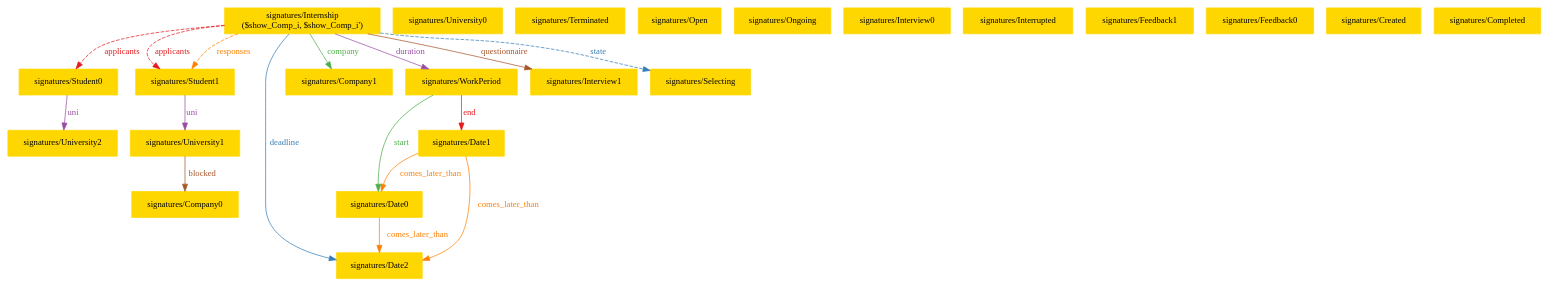
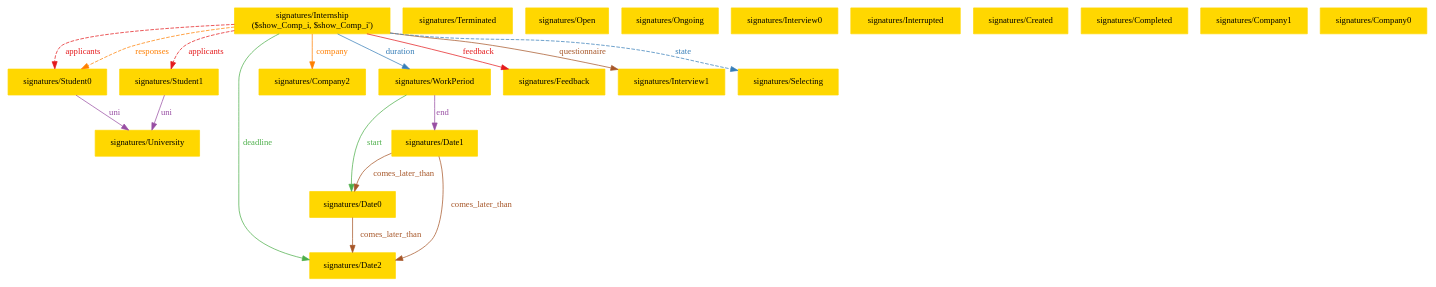
The diagram in RASD/sources/Images/Alloy_images/Alloy_1-3.dot (lorenzo-cmyk/PF_INGSW2_2024_25), drawn with Graphviz before and after one commit. The commit also changed 4 other files, not shown here.

```diff
--- a/RASD/sources/Images/Alloy_images/Alloy_1-3.dot
+++ b/RASD/sources/Images/Alloy_images/Alloy_1-3.dot
@@ -1,45 +1,43 @@
 digraph "graph" {
 graph [fontsize=12]
 node [fontsize=12]
 edge [fontsize=12]
 rankdir=TB;
-"N22" -> "N11" [uuid = "<signatures/Internship, signatures/Student0>", color = "#e41a1c", fontcolor = "#e41a1c", style = "dashed", label = "applicants", dir = "forward", weight = "1"]
-"N22" -> "N21" [uuid = "<signatures/Internship, signatures/Student1>", color = "#e41a1c", fontcolor = "#e41a1c", style = "dashed", label = "applicants", dir = "forward", weight = "1"]
-"N20" -> "N19" [uuid = "<signatures/University1, signatures/Company0>", color = "#a65628", fontcolor = "#a65628", style = "solid", label = "blocked", dir = "forward", weight = "1"]
-"N16" -> "N15" [uuid = "<signatures/Date0, signatures/Date2>", color = "#ff7f00", fontcolor = "#ff7f00", style = "solid", label = "comes_later_than", dir = "forward", weight = "1"]
-"N17" -> "N16" [uuid = "<signatures/Date1, signatures/Date0>", color = "#ff7f00", fontcolor = "#ff7f00", style = "solid", label = "comes_later_than", dir = "forward", weight = "1"]
-"N17" -> "N15" [uuid = "<signatures/Date1, signatures/Date2>", color = "#ff7f00", fontcolor = "#ff7f00", style = "solid", label = "comes_later_than", dir = "forward", weight = "1"]
-"N22" -> "N14" [uuid = "<signatures/Internship, signatures/Company1>", color = "#4daf4a", fontcolor = "#4daf4a", style = "solid", label = "company", dir = "forward", weight = "1"]
-"N22" -> "N15" [uuid = "<signatures/Internship, signatures/Date2>", color = "#377eb8", fontcolor = "#377eb8", style = "solid", label = "deadline", dir = "forward", weight = "1"]
-"N22" -> "N18" [uuid = "<signatures/Internship, signatures/WorkPeriod>", color = "#984ea3", fontcolor = "#984ea3", style = "solid", label = "duration", dir = "forward", weight = "1"]
-"N18" -> "N17" [uuid = "<signatures/WorkPeriod, signatures/Date1>", color = "#e41a1c", fontcolor = "#e41a1c", style = "solid", label = "end", dir = "forward", weight = "1"]
-"N22" -> "N13" [uuid = "<signatures/Internship, signatures/Interview1>", color = "#a65628", fontcolor = "#a65628", style = "solid", label = "questionnaire", dir = "forward", weight = "1"]
-"N22" -> "N21" [uuid = "<signatures/Internship, signatures/Student1>", color = "#ff7f00", fontcolor = "#ff7f00", style = "dashed", label = "responses", dir = "forward", weight = "1"]
-"N18" -> "N16" [uuid = "<signatures/WorkPeriod, signatures/Date0>", color = "#4daf4a", fontcolor = "#4daf4a", style = "solid", label = "start", dir = "forward", weight = "1"]
-"N22" -> "N12" [uuid = "<signatures/Internship, signatures/Selecting>", color = "#377eb8", fontcolor = "#377eb8", style = "dashed", label = "state", dir = "forward", weight = "1"]
-"N11" -> "N10" [uuid = "<signatures/Student0, signatures/University2>", color = "#984ea3", fontcolor = "#984ea3", style = "solid", label = "uni", dir = "forward", weight = "1"]
-"N21" -> "N20" [uuid = "<signatures/Student1, signatures/University1>", color = "#984ea3", fontcolor = "#984ea3", style = "solid", label = "uni", dir = "forward", weight = "1"]
-"N0" [uuid="signatures/University0", label="signatures/University0", color="#ffd700", fontcolor = "#000000", shape = "box", style = "filled, solid"]
-"N1" [uuid="signatures/Terminated", label="signatures/Terminated", color="#ffd700", fontcolor = "#000000", shape = "box", style = "filled, solid"]
-"N2" [uuid="signatures/Open", label="signatures/Open", color="#ffd700", fontcolor = "#000000", shape = "box", style = "filled, solid"]
-"N3" [uuid="signatures/Ongoing", label="signatures/Ongoing", color="#ffd700", fontcolor = "#000000", shape = "box", style = "filled, solid"]
-"N4" [uuid="signatures/Interview0", label="signatures/Interview0", color="#ffd700", fontcolor = "#000000", shape = "box", style = "filled, solid"]
-"N5" [uuid="signatures/Interrupted", label="signatures/Interrupted", color="#ffd700", fontcolor = "#000000", shape = "box", style = "filled, solid"]
-"N6" [uuid="signatures/Feedback1", label="signatures/Feedback1", color="#ffd700", fontcolor = "#000000", shape = "box", style = "filled, solid"]
-"N7" [uuid="signatures/Feedback0", label="signatures/Feedback0", color="#ffd700", fontcolor = "#000000", shape = "box", style = "filled, solid"]
-"N8" [uuid="signatures/Created", label="signatures/Created", color="#ffd700", fontcolor = "#000000", shape = "box", style = "filled, solid"]
-"N9" [uuid="signatures/Completed", label="signatures/Completed", color="#ffd700", fontcolor = "#000000", shape = "box", style = "filled, solid"]
-"N10" [uuid="signatures/University2", label="signatures/University2", color="#ffd700", fontcolor = "#000000", shape = "box", style = "filled, solid"]
-"N11" [uuid="signatures/Student0", label="signatures/Student0", color="#ffd700", fontcolor = "#000000", shape = "box", style = "filled, solid"]
+"N20" -> "N10" [uuid = "<signatures/Internship, signatures/Student0>", color = "#e41a1c", fontcolor = "#e41a1c", style = "dashed", label = "applicants", dir = "forward", weight = "1"]
+"N20" -> "N11" [uuid = "<signatures/Internship, signatures/Student1>", color = "#e41a1c", fontcolor = "#e41a1c", style = "dashed", label = "applicants", dir = "forward", weight = "1"]
+"N17" -> "N16" [uuid = "<signatures/Date0, signatures/Date2>", color = "#a65628", fontcolor = "#a65628", style = "solid", label = "comes_later_than", dir = "forward", weight = "1"]
+"N18" -> "N17" [uuid = "<signatures/Date1, signatures/Date0>", color = "#a65628", fontcolor = "#a65628", style = "solid", label = "comes_later_than", dir = "forward", weight = "1"]
+"N18" -> "N16" [uuid = "<signatures/Date1, signatures/Date2>", color = "#a65628", fontcolor = "#a65628", style = "solid", label = "comes_later_than", dir = "forward", weight = "1"]
+"N20" -> "N15" [uuid = "<signatures/Internship, signatures/Company2>", color = "#ff7f00", fontcolor = "#ff7f00", style = "solid", label = "company", dir = "forward", weight = "1"]
+"N20" -> "N16" [uuid = "<signatures/Internship, signatures/Date2>", color = "#4daf4a", fontcolor = "#4daf4a", style = "solid", label = "deadline", dir = "forward", weight = "1"]
+"N20" -> "N19" [uuid = "<signatures/Internship, signatures/WorkPeriod>", color = "#377eb8", fontcolor = "#377eb8", style = "solid", label = "duration", dir = "forward", weight = "1"]
+"N19" -> "N18" [uuid = "<signatures/WorkPeriod, signatures/Date1>", color = "#984ea3", fontcolor = "#984ea3", style = "solid", label = "end", dir = "forward", weight = "1"]
+"N20" -> "N14" [uuid = "<signatures/Internship, signatures/Feedback>", color = "#e41a1c", fontcolor = "#e41a1c", style = "solid", label = "feedback", dir = "forward", weight = "1"]
+"N20" -> "N13" [uuid = "<signatures/Internship, signatures/Interview1>", color = "#a65628", fontcolor = "#a65628", style = "solid", label = "questionnaire", dir = "forward", weight = "1"]
+"N20" -> "N10" [uuid = "<signatures/Internship, signatures/Student0>", color = "#ff7f00", fontcolor = "#ff7f00", style = "dashed", label = "responses", dir = "forward", weight = "1"]
+"N19" -> "N17" [uuid = "<signatures/WorkPeriod, signatures/Date0>", color = "#4daf4a", fontcolor = "#4daf4a", style = "solid", label = "start", dir = "forward", weight = "1"]
+"N20" -> "N12" [uuid = "<signatures/Internship, signatures/Selecting>", color = "#377eb8", fontcolor = "#377eb8", style = "dashed", label = "state", dir = "forward", weight = "1"]
+"N10" -> "N9" [uuid = "<signatures/Student0, signatures/University>", color = "#984ea3", fontcolor = "#984ea3", style = "solid", label = "uni", dir = "forward", weight = "1"]
+"N11" -> "N9" [uuid = "<signatures/Student1, signatures/University>", color = "#984ea3", fontcolor = "#984ea3", style = "solid", label = "uni", dir = "forward", weight = "1"]
+"N0" [uuid="signatures/Terminated", label="signatures/Terminated", color="#ffd700", fontcolor = "#000000", shape = "box", style = "filled, solid"]
+"N1" [uuid="signatures/Open", label="signatures/Open", color="#ffd700", fontcolor = "#000000", shape = "box", style = "filled, solid"]
+"N2" [uuid="signatures/Ongoing", label="signatures/Ongoing", color="#ffd700", fontcolor = "#000000", shape = "box", style = "filled, solid"]
+"N3" [uuid="signatures/Interview0", label="signatures/Interview0", color="#ffd700", fontcolor = "#000000", shape = "box", style = "filled, solid"]
+"N4" [uuid="signatures/Interrupted", label="signatures/Interrupted", color="#ffd700", fontcolor = "#000000", shape = "box", style = "filled, solid"]
+"N5" [uuid="signatures/Created", label="signatures/Created", color="#ffd700", fontcolor = "#000000", shape = "box", style = "filled, solid"]
+"N6" [uuid="signatures/Completed", label="signatures/Completed", color="#ffd700", fontcolor = "#000000", shape = "box", style = "filled, solid"]
+"N7" [uuid="signatures/Company1", label="signatures/Company1", color="#ffd700", fontcolor = "#000000", shape = "box", style = "filled, solid"]
+"N8" [uuid="signatures/Company0", label="signatures/Company0", color="#ffd700", fontcolor = "#000000", shape = "box", style = "filled, solid"]
+"N9" [uuid="signatures/University", label="signatures/University", color="#ffd700", fontcolor = "#000000", shape = "box", style = "filled, solid"]
+"N10" [uuid="signatures/Student0", label="signatures/Student0", color="#ffd700", fontcolor = "#000000", shape = "box", style = "filled, solid"]
+"N11" [uuid="signatures/Student1", label="signatures/Student1", color="#ffd700", fontcolor = "#000000", shape = "box", style = "filled, solid"]
 "N12" [uuid="signatures/Selecting", label="signatures/Selecting", color="#ffd700", fontcolor = "#000000", shape = "box", style = "filled, solid"]
 "N13" [uuid="signatures/Interview1", label="signatures/Interview1", color="#ffd700", fontcolor = "#000000", shape = "box", style = "filled, solid"]
-"N14" [uuid="signatures/Company1", label="signatures/Company1", color="#ffd700", fontcolor = "#000000", shape = "box", style = "filled, solid"]
-"N15" [uuid="signatures/Date2", label="signatures/Date2", color="#ffd700", fontcolor = "#000000", shape = "box", style = "filled, solid"]
-"N16" [uuid="signatures/Date0", label="signatures/Date0", color="#ffd700", fontcolor = "#000000", shape = "box", style = "filled, solid"]
-"N17" [uuid="signatures/Date1", label="signatures/Date1", color="#ffd700", fontcolor = "#000000", shape = "box", style = "filled, solid"]
-"N18" [uuid="signatures/WorkPeriod", label="signatures/WorkPeriod", color="#ffd700", fontcolor = "#000000", shape = "box", style = "filled, solid"]
-"N19" [uuid="signatures/Company0", label="signatures/Company0", color="#ffd700", fontcolor = "#000000", shape = "box", style = "filled, solid"]
-"N20" [uuid="signatures/University1", label="signatures/University1", color="#ffd700", fontcolor = "#000000", shape = "box", style = "filled, solid"]
-"N21" [uuid="signatures/Student1", label="signatures/Student1", color="#ffd700", fontcolor = "#000000", shape = "box", style = "filled, solid"]
-"N22" [uuid="signatures/Internship", label="signatures/Internship\n($show_Comp_i, $show_Comp_i')", color="#ffd700", fontcolor = "#000000", shape = "box", style = "filled, solid"]
+"N14" [uuid="signatures/Feedback", label="signatures/Feedback", color="#ffd700", fontcolor = "#000000", shape = "box", style = "filled, solid"]
+"N15" [uuid="signatures/Company2", label="signatures/Company2", color="#ffd700", fontcolor = "#000000", shape = "box", style = "filled, solid"]
+"N16" [uuid="signatures/Date2", label="signatures/Date2", color="#ffd700", fontcolor = "#000000", shape = "box", style = "filled, solid"]
+"N17" [uuid="signatures/Date0", label="signatures/Date0", color="#ffd700", fontcolor = "#000000", shape = "box", style = "filled, solid"]
+"N18" [uuid="signatures/Date1", label="signatures/Date1", color="#ffd700", fontcolor = "#000000", shape = "box", style = "filled, solid"]
+"N19" [uuid="signatures/WorkPeriod", label="signatures/WorkPeriod", color="#ffd700", fontcolor = "#000000", shape = "box", style = "filled, solid"]
+"N20" [uuid="signatures/Internship", label="signatures/Internship\n($show_Comp_i, $show_Comp_i')", color="#ffd700", fontcolor = "#000000", shape = "box", style = "filled, solid"]
 }
```
